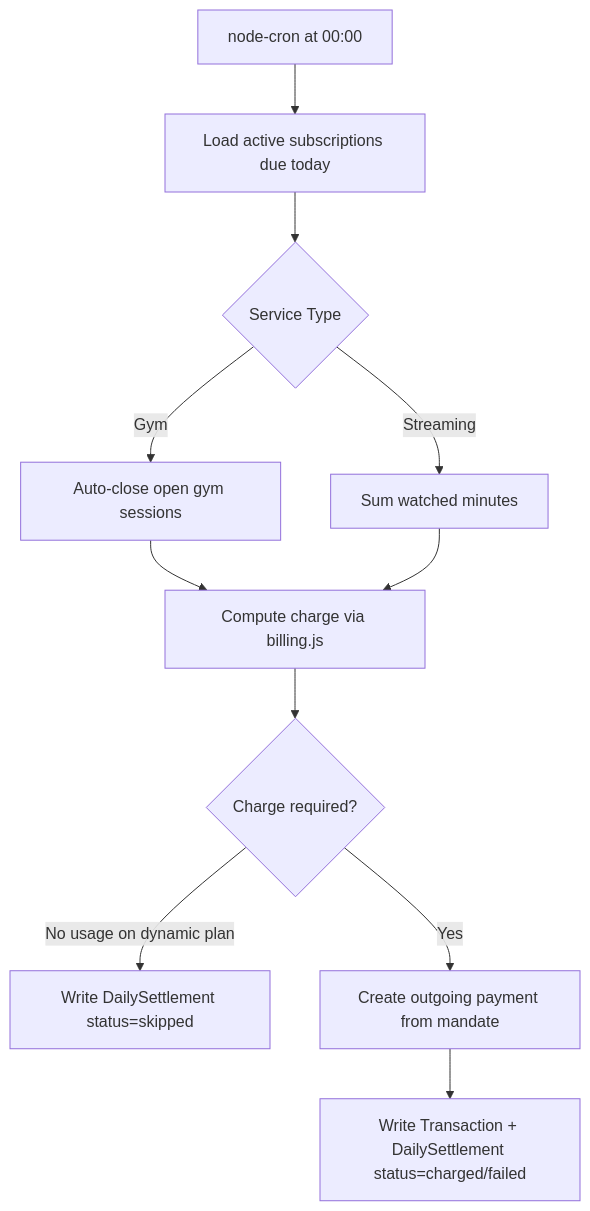
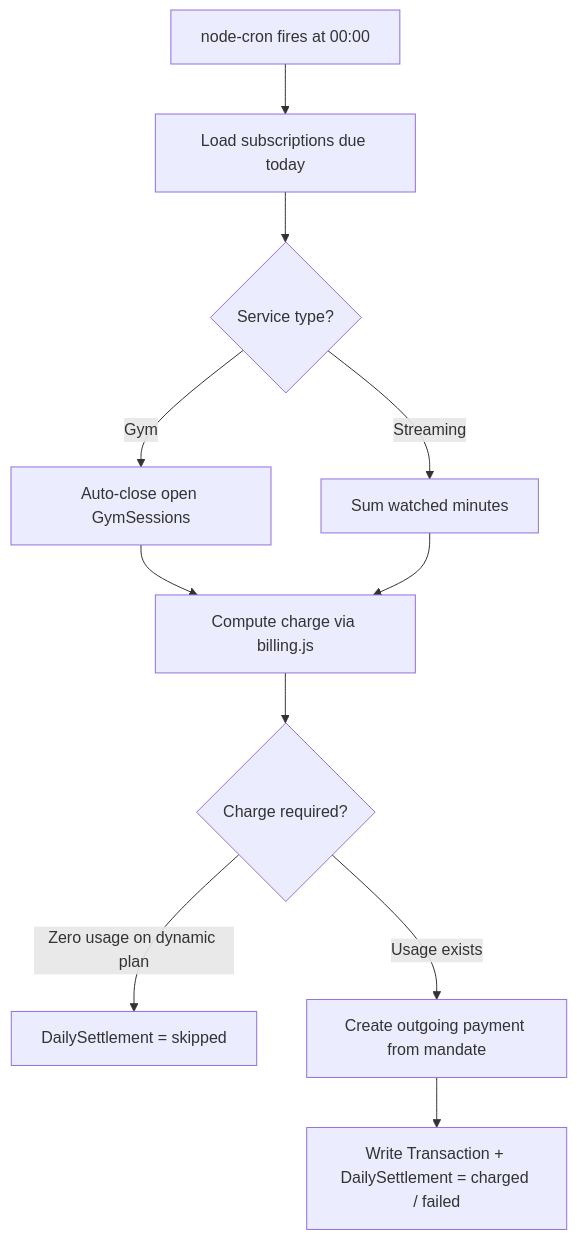
Before and after one commit to learningwithshaun/PavelPayments: the seventh of 7 diagrams in README.md, drawn with Mermaid. The commit also changed other lines of this file and 7 other files, not shown here.

````diff
--- a/README.md
+++ b/README.md
@@ -195,13 +237,13 @@
 ```mermaid
 flowchart TD
-  A[node-cron at 00:00] --> B[Load active subscriptions due today]
-  B --> C{Service Type}
-  C -->|Gym| D[Auto-close open gym sessions]
+  A[node-cron fires at 00:00] --> B[Load subscriptions due today]
+  B --> C{Service type?}
+  C -->|Gym| D[Auto-close open GymSessions]
   C -->|Streaming| E[Sum watched minutes]
   D --> F[Compute charge via billing.js]
   E --> F
   F --> G{Charge required?}
-  G -->|No usage on dynamic plan| H[Write DailySettlement status=skipped]
-  G -->|Yes| I[Create outgoing payment from mandate]
-  I --> J[Write Transaction + DailySettlement status=charged/failed]
+  G -->|Zero usage on dynamic plan| H[DailySettlement = skipped]
+  G -->|Usage exists| I[Create outgoing payment from mandate]
+  I --> J[Write Transaction + DailySettlement = charged / failed]
 ```
````
